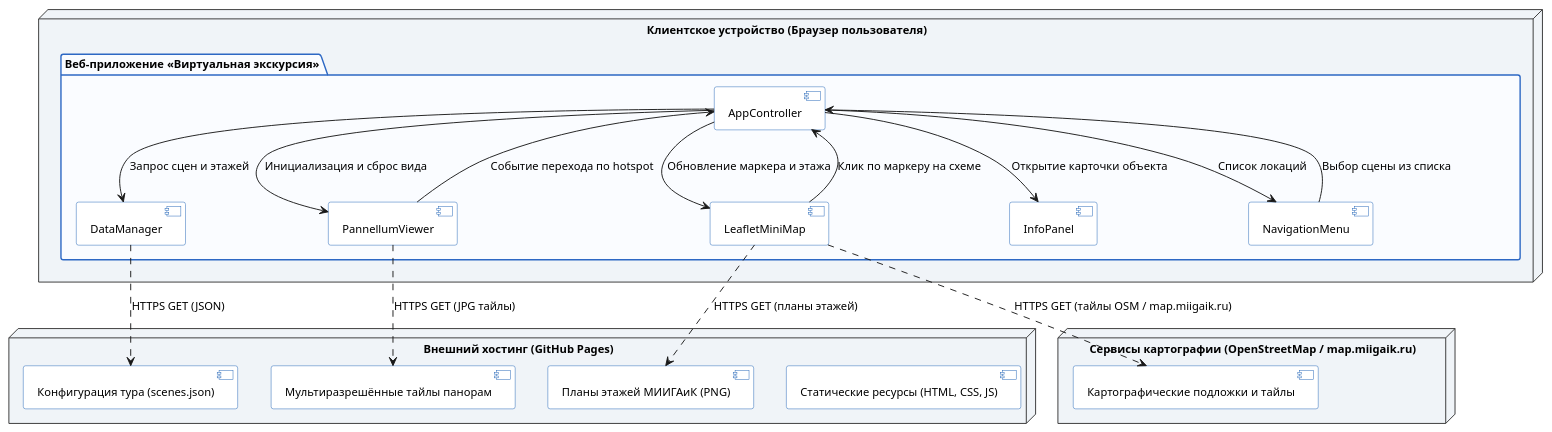
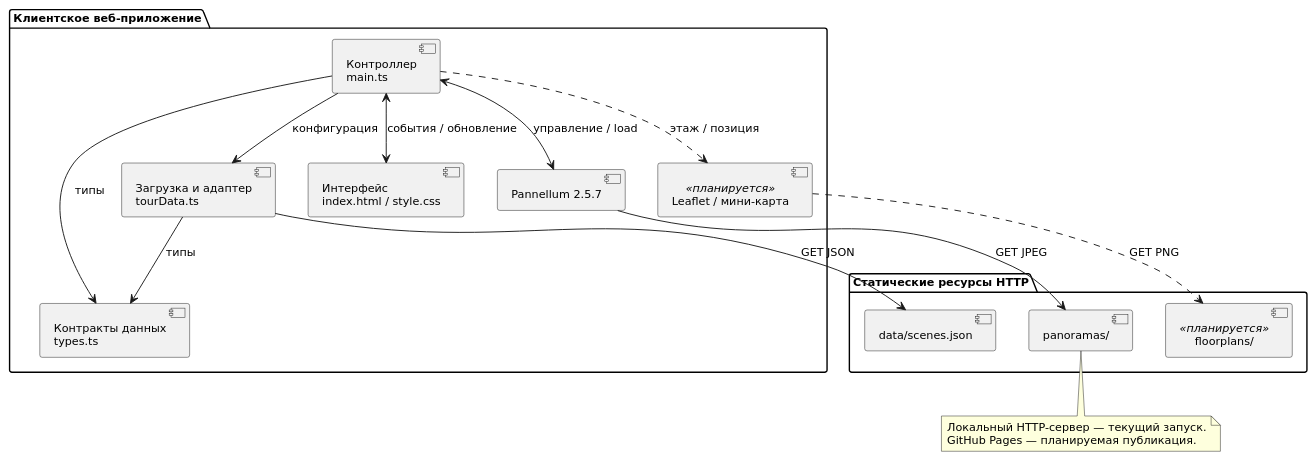
Before and after one commit to Ely1266/miigaik-virtual-tour: the diagram in docs/uml/components.puml, drawn with PlantUML. The commit also changed 3 other files, not shown here.

```diff
--- a/docs/uml/components.puml
+++ b/docs/uml/components.puml
@@ -1,61 +1,31 @@
 @startuml components
 skinparam componentStyle uml2
-skinparam defaultFontName "Segoe UI", Arial, sans-serif
+skinparam defaultFontName "DejaVu Sans"
 skinparam defaultFontSize 12
-
-skinparam package {
-    BackgroundColor #FAFCFF
-    BorderColor #2D68C4
+package "Клиентское веб-приложение" {
+  component "Контроллер\nmain.ts" as App
+  component "Загрузка и адаптер\ntourData.ts" as Adapter
+  component "Pannellum 2.5.7" as Viewer
+  component "Интерфейс\nindex.html / style.css" as UI
+  component "Контракты данных\ntypes.ts" as Types
+  component "Leaflet / мини-карта" as Map <<планируется>>
 }
-
-skinparam component {
-    BackgroundColor #FFFFFF
-    BorderColor #1A5FB4
+package "Статические ресурсы HTTP" {
+  component "data/scenes.json" as Json
+  component "panoramas/" as Tiles
+  component "floorplans/" as Plans <<планируется>>
 }
-
-skinparam node {
-    BackgroundColor #F0F4F8
-    BorderColor #333333
-}
-
-node "Клиентское устройство (Браузер пользователя)" {
-    package "Веб-приложение «Виртуальная экскурсия»" {
-        [AppController] as AppCtrl
-        [DataManager] as DataMgr
-        [PannellumViewer] as Viewer
-        [LeafletMiniMap] as MapModule
-        [NavigationMenu] as NavMenu
-        [InfoPanel] as InfoModal
-    }
-}
-
-node "Внешний хостинг (GitHub Pages)" as GHNode {
-    [Статические ресурсы (HTML, CSS, JS)] as StaticFiles
-    [Конфигурация тура (scenes.json)] as ScenesJson
-    [Мультиразрешённые тайлы панорам] as Tiles
-    [Планы этажей МИИГАиК (PNG)] as FloorImages
-}
-
-node "Сервисы картографии (OpenStreetMap / map.miigaik.ru)" as MapServer {
-    [Картографические подложки и тайлы] as OSMTiles
-}
-
-' Связи контроллера с клиентскими модулями
-AppCtrl --> DataMgr : Запрос сцен и этажей
-AppCtrl --> Viewer : Инициализация и сброс вида
-AppCtrl --> MapModule : Обновление маркера и этажа
-AppCtrl --> NavMenu : Список локаций
-AppCtrl --> InfoModal : Открытие карточки объекта
-
-' Взаимодействие компонентов при событиях
-Viewer --> AppCtrl : Событие перехода по hotspot
-MapModule --> AppCtrl : Клик по маркеру на схеме
-NavMenu --> AppCtrl : Выбор сцены из списка
-
-' Сетевые интерфейсы к внешним источникам
-DataMgr ..> ScenesJson : HTTPS GET (JSON)
-Viewer ..> Tiles : HTTPS GET (JPG тайлы)
-MapModule ..> OSMTiles : HTTPS GET (тайлы OSM / map.miigaik.ru)
-MapModule ..> FloorImages : HTTPS GET (планы этажей)
-
+App --> Adapter : конфигурация
+App <--> Viewer : управление / load
+App <--> UI : события / обновление
+Adapter --> Types : типы
+App --> Types : типы
+Adapter --> Json : GET JSON
+Viewer --> Tiles : GET JPEG
+App ..> Map : этаж / позиция
+Map ..> Plans : GET PNG
+note bottom of Tiles
+  Локальный HTTP-сервер — текущий запуск.
+  GitHub Pages — планируемая публикация.
+end note
 @enduml
```
